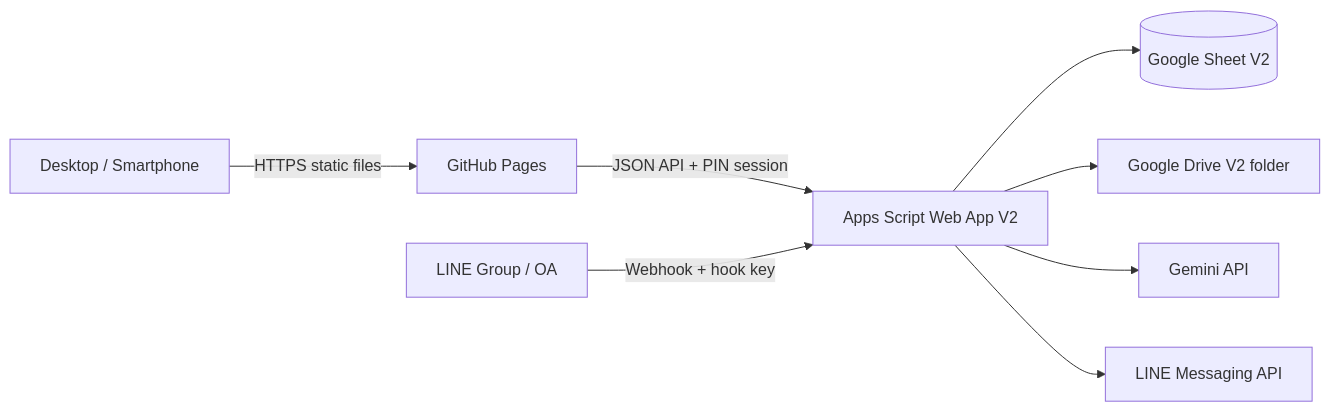
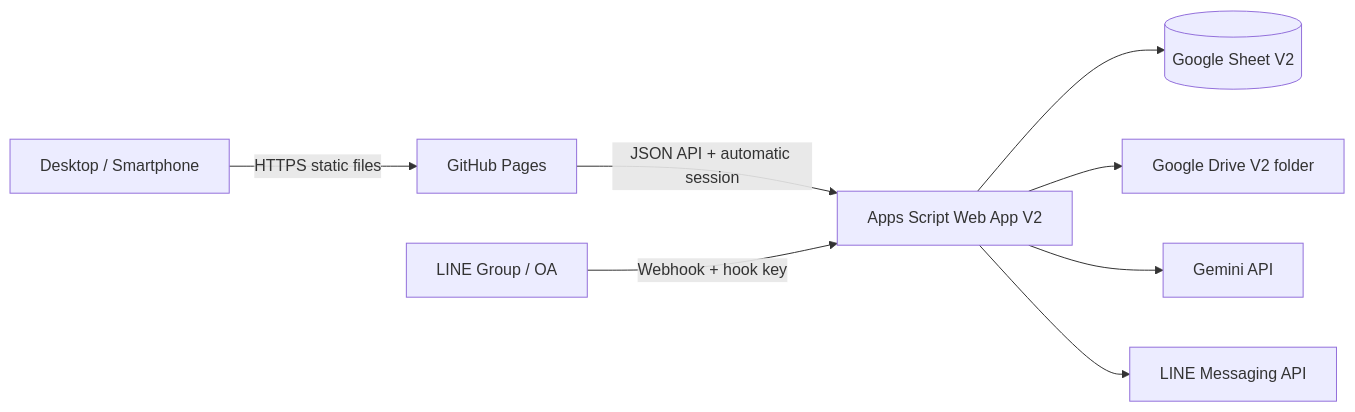
Before and after one commit to alphaphius/line-expense-app-v2: the diagram in ARCHITECTURE.md, drawn with Mermaid. The commit also changed other lines of this file and 18 other files, not shown here.

````diff
--- a/ARCHITECTURE.md
+++ b/ARCHITECTURE.md
@@ -3,10 +3,10 @@
 ```mermaid
 flowchart LR
   U[Desktop / Smartphone] -->|HTTPS static files| GH[GitHub Pages]
-  GH -->|JSON API + PIN session| GAS[Apps Script Web App V2]
+  GH -->|JSON API + automatic session| GAS[Apps Script Web App V2]
   L[LINE Group / OA] -->|Webhook + hook key| GAS
   GAS --> S[(Google Sheet V2)]
   GAS --> D[Google Drive V2 folder]
   GAS --> G[Gemini API]
   GAS --> LA[LINE Messaging API]
 ```
````
